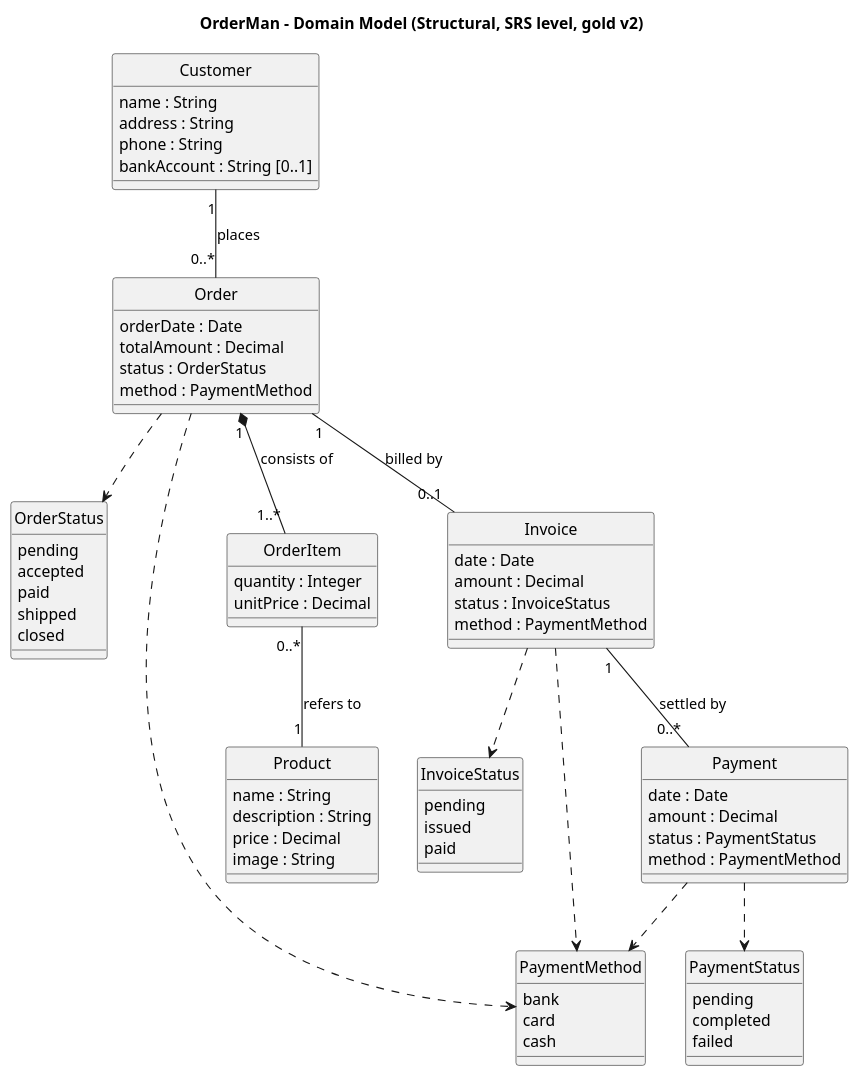
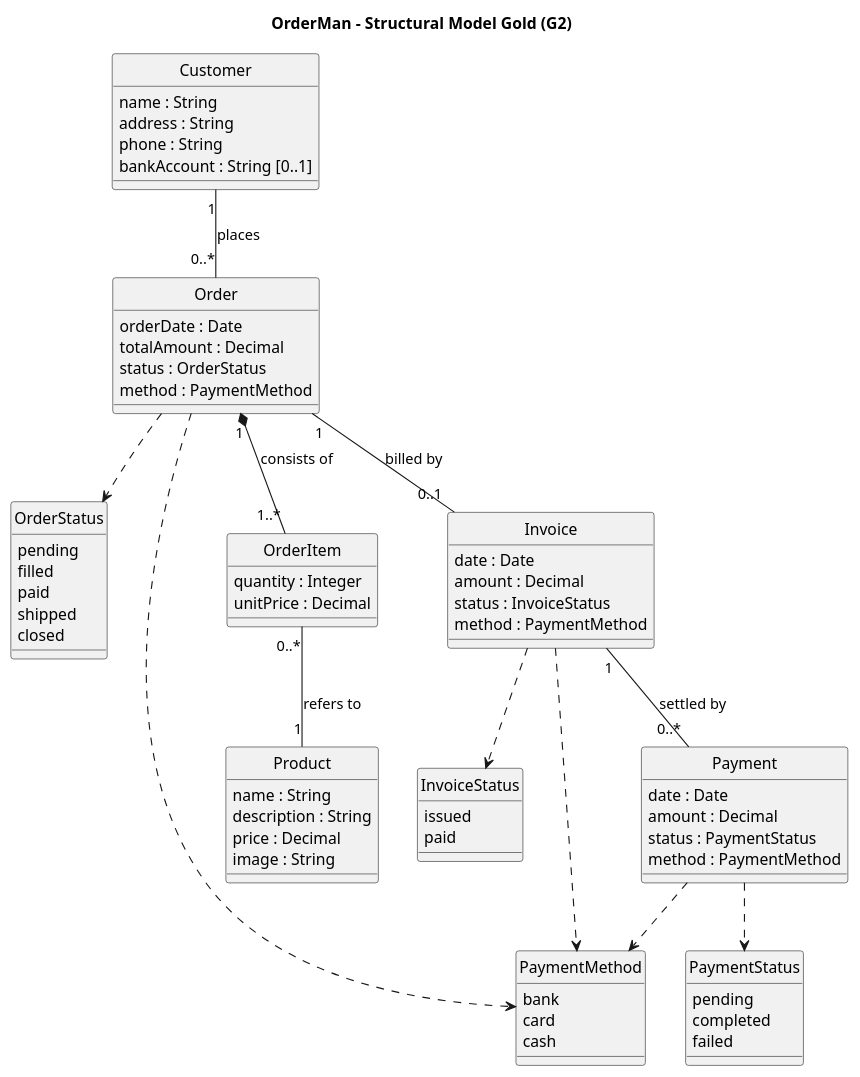
Before and after one commit to swinilab/validation4llmagents: the diagram in materials/G2-structural-model.puml, drawn with PlantUML. The commit also changed 4 other files, not shown here.

```diff
--- a/materials/G2-structural-model.puml
+++ b/materials/G2-structural-model.puml
@@ -1,84 +1,83 @@
 @startuml
-title OrderMan - Domain Model (Structural, SRS level, gold v2)
+title OrderMan - Structural Model Gold (G2)
 hide circle
 skinparam classAttributeIconSize 0
 
 enum OrderStatus {
   pending
-  accepted
+  filled
   paid
   shipped
   closed
 }
 
 enum InvoiceStatus {
-  pending
   issued
   paid
 }
 
 enum PaymentStatus {
   pending
   completed
   failed
 }
 
 enum PaymentMethod {
   bank
   card
   cash
 }
 
 class Customer {
   name : String
   address : String
   phone : String
   bankAccount : String [0..1]
 }
 
 class Product {
   name : String
   description : String
   price : Decimal
   image : String
 }
 
 class Order {
   orderDate : Date
   totalAmount : Decimal
   status : OrderStatus
   method : PaymentMethod
 }
 
 class OrderItem {
   quantity : Integer
   unitPrice : Decimal
 }
 
 class Invoice {
   date : Date
   amount : Decimal
   status : InvoiceStatus
   method : PaymentMethod
 }
 
 class Payment {
   date : Date
   amount : Decimal
   status : PaymentStatus
   method : PaymentMethod
 }
 
 Customer "1" -- "0..*" Order : places
 Order "1" *-- "1..*" OrderItem : consists of
 Order "1" -- "0..1" Invoice : billed by
 OrderItem "0..*" -- "1" Product : refers to
 Invoice "1" -- "0..*" Payment : settled by
 
 Order ..> OrderStatus
 Order ..> PaymentMethod
 Invoice ..> InvoiceStatus
 Invoice ..> PaymentMethod
 Payment ..> PaymentStatus
 Payment ..> PaymentMethod
 @enduml
```
